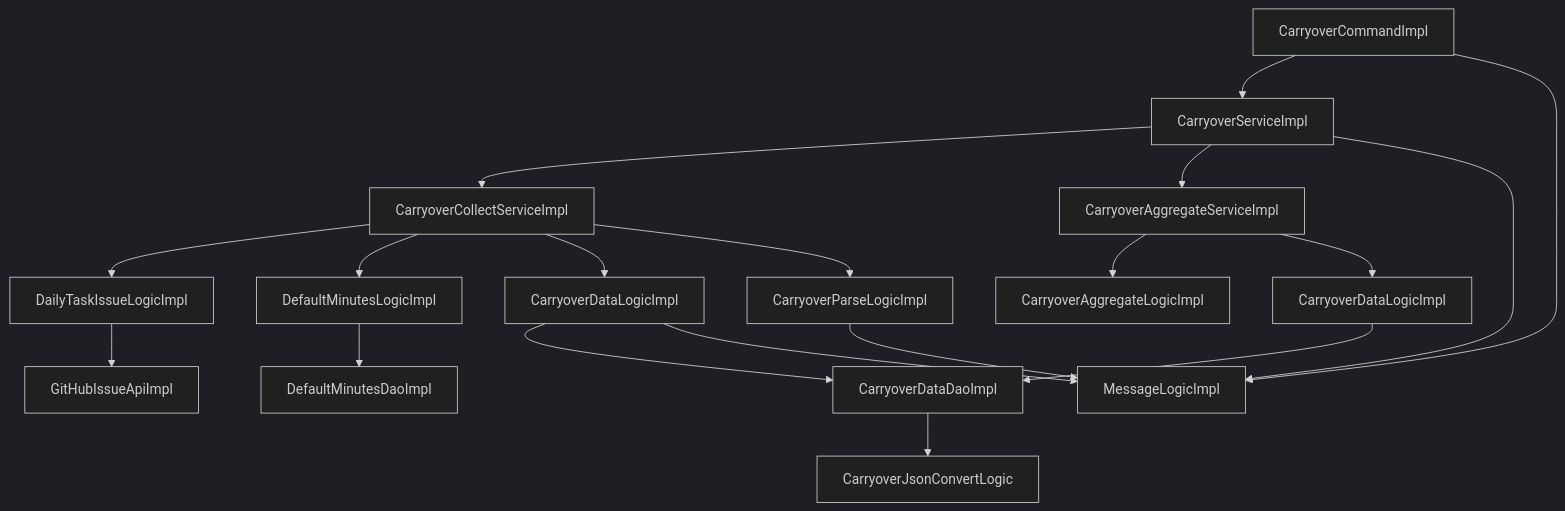
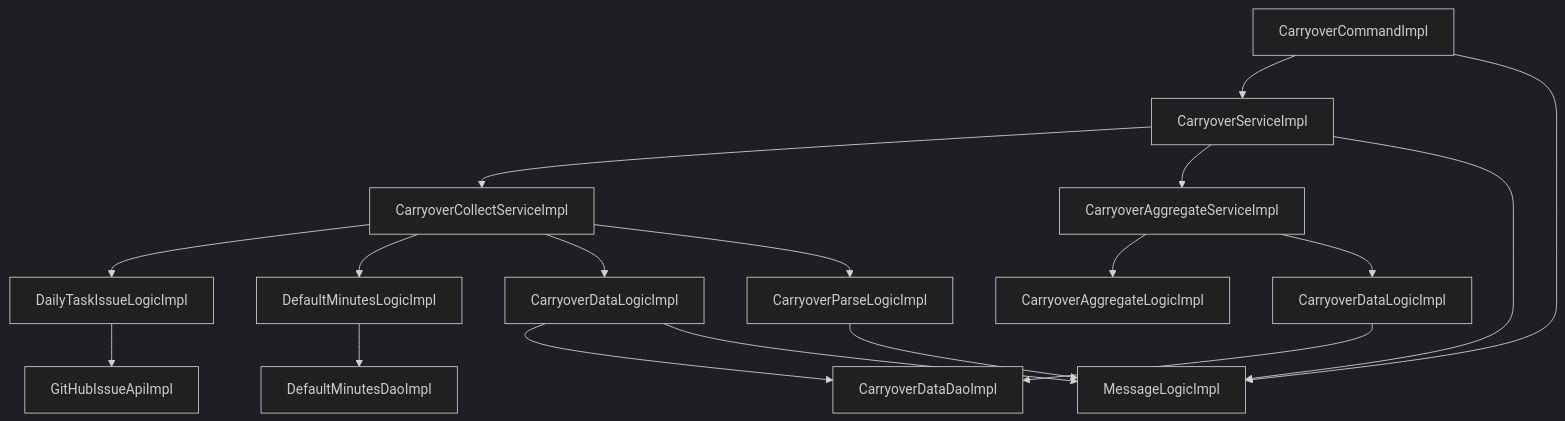
One commit to KenichiroArai/kb002_daily-tasks_doc changed the diagram in docs/design/backend/04-modules.md. Above: the diagram before and after it, drawn with Mermaid (dark theme). The commit also changed other lines of this file and 2 other files, not shown here.

First line of the commit message:
#2 DTO と JSON の変換を JSON 用 DTO が行う設計にし、CarryoverJsonConvertLogic をやめる

````diff
--- a/docs/design/backend/04-modules.md
+++ b/docs/design/backend/04-modules.md
@@ -9,21 +9,20 @@
 ```mermaid
 flowchart TB
   command["CarryoverCommandImpl"] --> service["CarryoverServiceImpl"]
   service --> collectService["CarryoverCollectServiceImpl"]
   service --> aggregateService["CarryoverAggregateServiceImpl"]
   collectService --> issueLogic["DailyTaskIssueLogicImpl"]
   collectService --> minutesLogic["DefaultMinutesLogicImpl"]
   collectService --> dataLogic["CarryoverDataLogicImpl"]
   collectService --> parseLogic["CarryoverParseLogicImpl"]
   aggregateService --> aggregateLogic["CarryoverAggregateLogicImpl"]
   aggregateService --> summaryData["CarryoverDataLogicImpl"]
   issueLogic --> github["GitHubIssueApiImpl"]
   minutesLogic --> minutesDao["DefaultMinutesDaoImpl"]
   dataLogic --> dataDao["CarryoverDataDaoImpl"]
   summaryData --> dataDao
   dataLogic --> message["MessageLogicImpl"]
-  dataDao --> jsonConvert["CarryoverJsonConvertLogic"]
   parseLogic --> message
   service --> message
   command --> message
 ```
````
